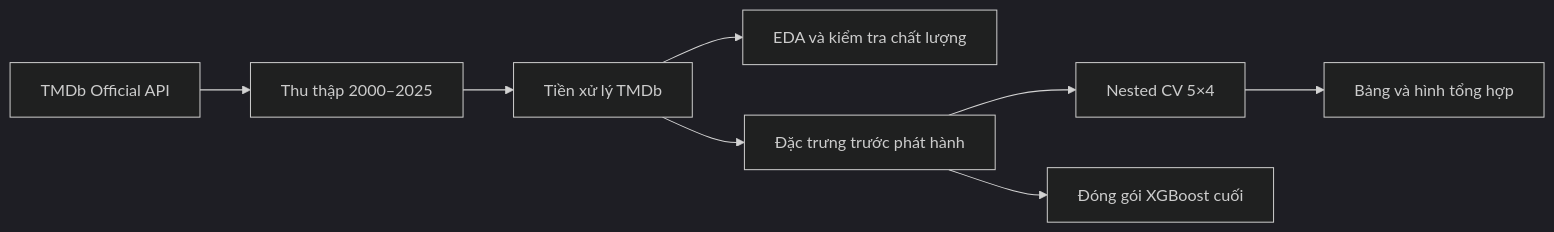
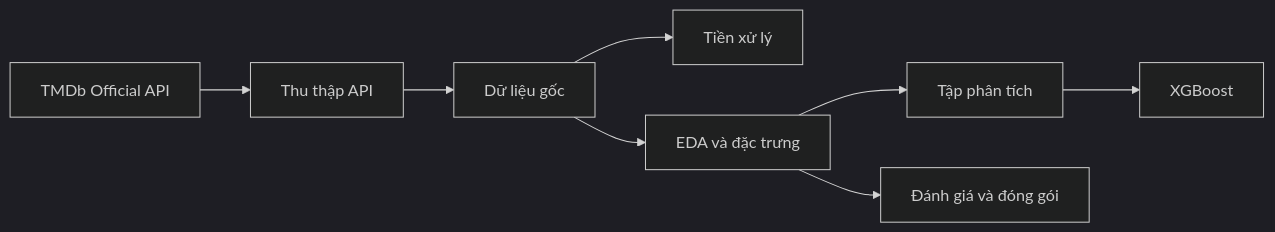
One commit to AlizCuli/movie-success-analysis changed the diagram in README.md. Above: the diagram before and after it, drawn with Mermaid (dark theme).

````diff
--- a/README.md
+++ b/README.md
@@ -85,10 +85,10 @@
 ```mermaid
 flowchart LR
-    A["TMDb Official API"] --> B["Thu thập 2000–2025"]
-    B --> C["Tiền xử lý TMDb"]
-    C --> E["EDA và kiểm tra chất lượng"]
-    C --> F["Đặc trưng trước phát hành"]
-    F --> G["Nested CV 5×4"]
-    G --> H["Bảng và hình tổng hợp"]
-    F --> I["Đóng gói XGBoost cuối"]
+    A["TMDb Official API"] --> B["Thu thập API"]
+    B --> C["Dữ liệu gốc"]
+    C --> E["Tiền xử lý"]
+    C --> F["EDA và đặc trưng"]
+    F --> G["Tập phân tích"]
+    G --> H["XGBoost"]
+    F --> I["Đánh giá và đóng gói"]
 ```
````
